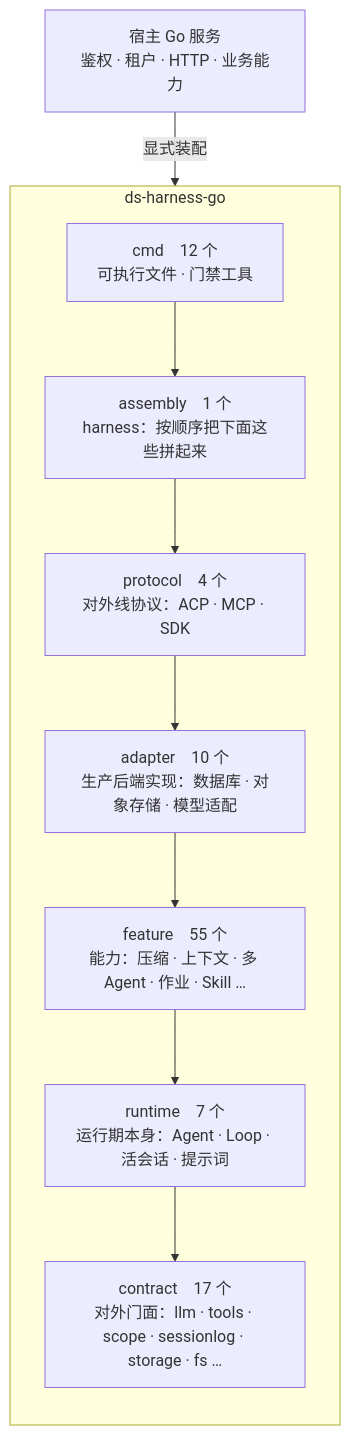
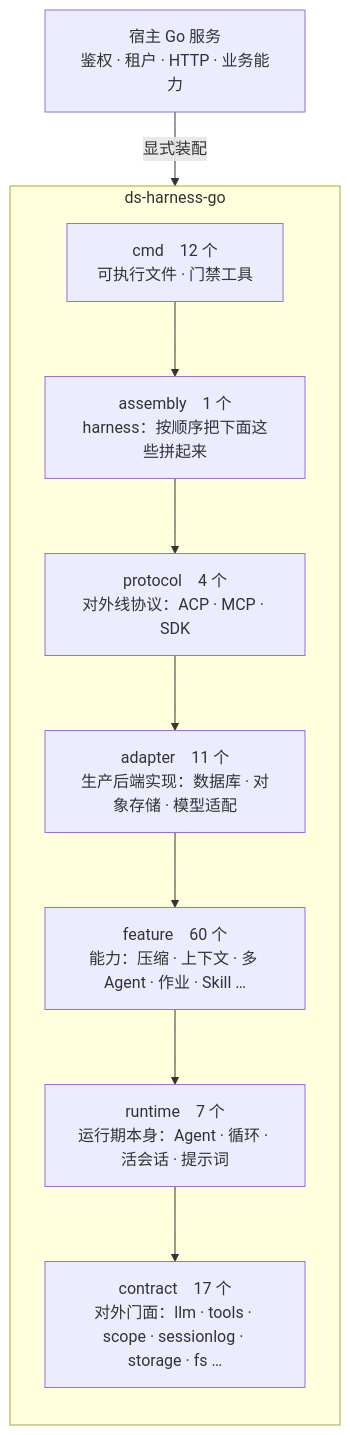
Before and after one commit to snight1983/ds-harness-go: the third of 42 diagrams in docs/architecture.md, drawn with Mermaid. The commit also changed other lines of this file and 43 other files, not shown here.

Commit message:
docs: 图解架构与模块设计

````diff
--- a/docs/architecture.md
+++ b/docs/architecture.md
@@ -13,24 +41,24 @@
 ```mermaid
 flowchart TB
     Host["宿主 Go 服务<br/>鉴权 · 租户 · HTTP · 业务能力"]
 
     subgraph Runtime["ds-harness-go"]
         direction TB
         Cmd["cmd　12 个<br/>可执行文件 · 门禁工具"]
         Assembly["assembly　1 个<br/>harness：按顺序把下面这些拼起来"]
         Protocol["protocol　4 个<br/>对外线协议：ACP · MCP · SDK"]
-        Adapter["adapter　10 个<br/>生产后端实现：数据库 · 对象存储 · 模型适配"]
-        Feature["feature　55 个<br/>能力：压缩 · 上下文 · 多 Agent · 作业 · Skill …"]
-        RuntimeTier["runtime　7 个<br/>运行期本身：Agent · Loop · 活会话 · 提示词"]
+        Adapter["adapter　11 个<br/>生产后端实现：数据库 · 对象存储 · 模型适配"]
+        Feature["feature　60 个<br/>能力：压缩 · 上下文 · 多 Agent · 作业 · Skill …"]
+        RuntimeTier["runtime　7 个<br/>运行期本身：Agent · 循环 · 活会话 · 提示词"]
         Contract["contract　17 个<br/>对外门面：llm · tools · scope · sessionlog · storage · fs …"]
 
         Cmd --> Assembly
         Assembly --> Protocol
         Protocol --> Adapter
         Adapter --> Feature
         Feature --> RuntimeTier
         RuntimeTier --> Contract
     end
 
-    Host -->|显式装配| Runtime
+    Host -->|"显式装配"| Runtime
 ```
````
